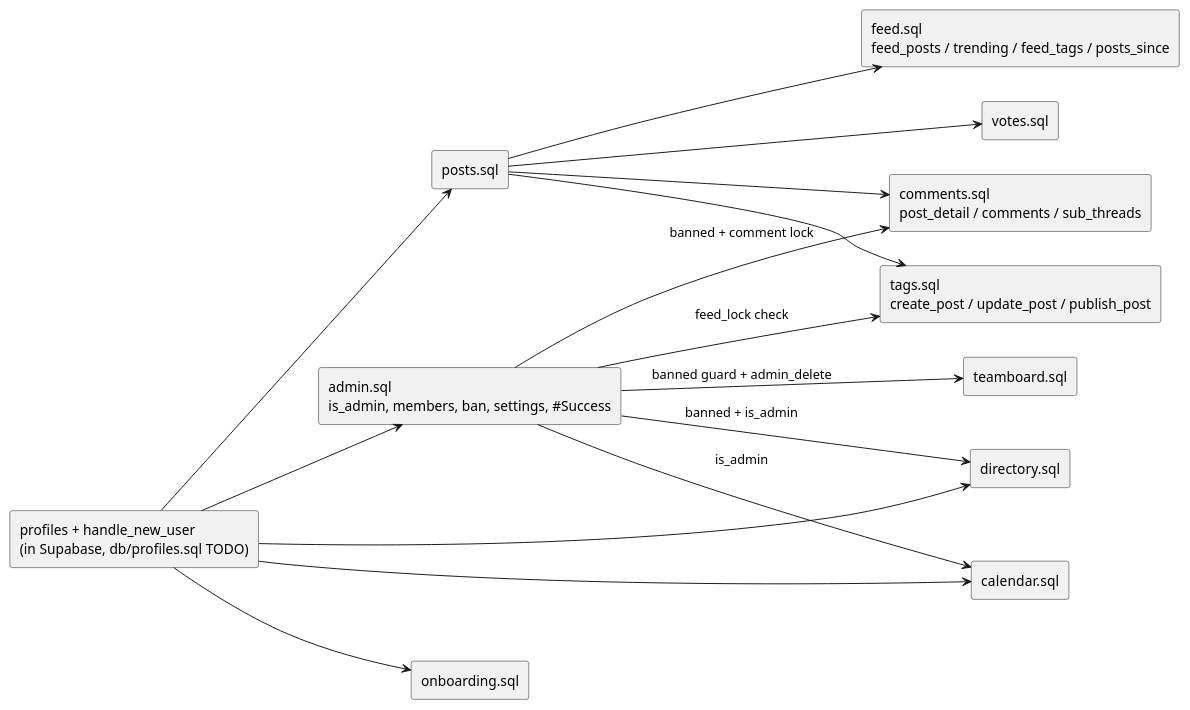
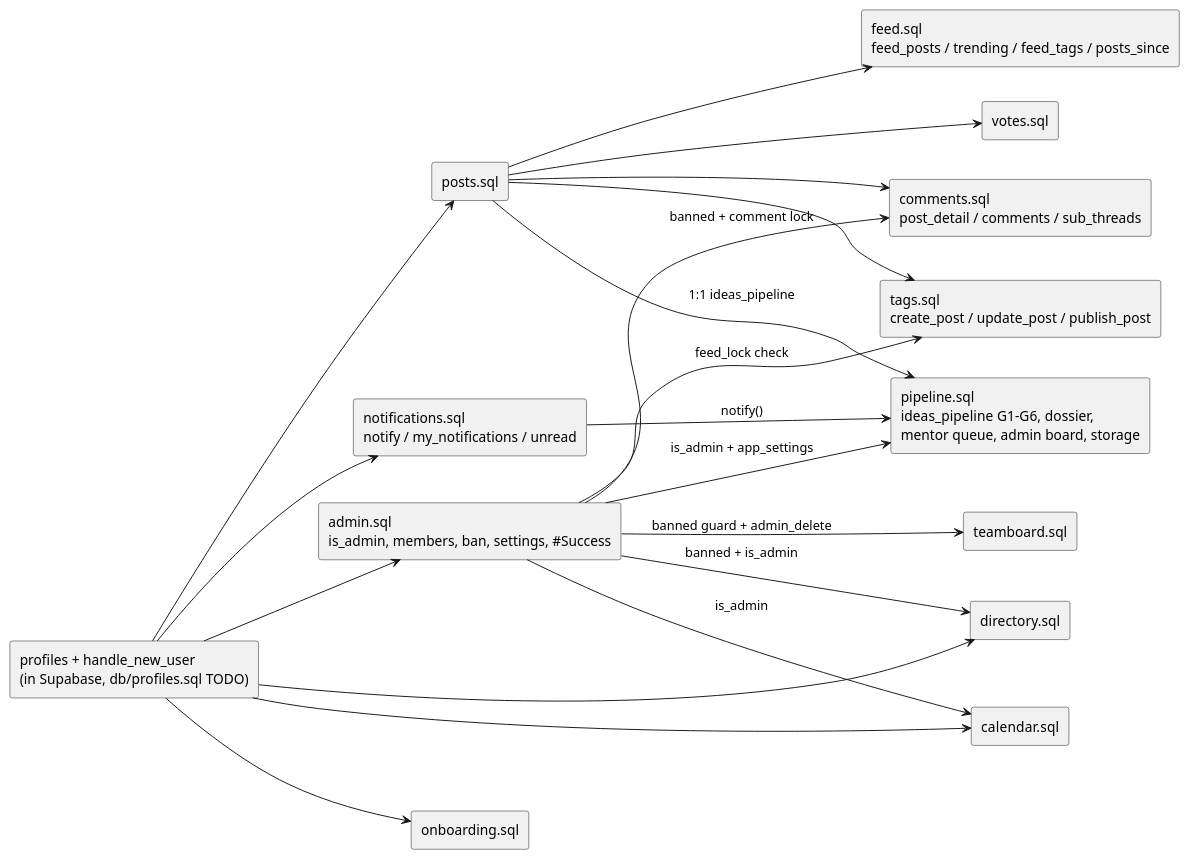
One commit to basiltest/i changed the diagram in db/README.md. Above: the diagram before and after it, drawn with PlantUML. The commit also changed other lines of this file and 21 other files, not shown here.

First line of the commit message:
Idea Pipeline: standalone applications, G1-G6 gates, mentor queue, admin board

````diff
--- a/db/README.md
+++ b/db/README.md
@@ -15,33 +15,39 @@
 ```plantuml
 @startuml
 left to right direction
 skinparam componentStyle rectangle
 
 [profiles + handle_new_user\n(in Supabase, db/profiles.sql TODO)] as prof
 [posts.sql] as posts
 [votes.sql] as votes
 [tags.sql\ncreate_post / update_post / publish_post] as tags
 [comments.sql\npost_detail / comments / sub_threads] as comments
 [feed.sql\nfeed_posts / trending / feed_tags / posts_since] as feed
 [admin.sql\nis_admin, members, ban, settings, #Success] as admin
 [teamboard.sql] as team
 [calendar.sql] as cal
 [directory.sql] as dir
 [onboarding.sql] as onb
+[notifications.sql\nnotify / my_notifications / unread] as notif
+[pipeline.sql\nideas_pipeline G1-G6, dossier,\nmentor queue, admin board, storage] as pipe
 
 prof --> posts
 posts --> votes
 posts --> tags
 posts --> comments
 posts --> feed
 prof --> admin
 admin --> tags : feed_lock check
 admin --> comments : banned + comment lock
 admin --> team : banned guard + admin_delete
 admin --> dir : banned + is_admin
 prof --> cal
 admin --> cal : is_admin
 prof --> dir
 prof --> onb
+prof --> notif
+notif --> pipe : notify()
+admin --> pipe : is_admin + app_settings
+posts --> pipe : 1:1 ideas_pipeline
 @enduml
 ```
````
